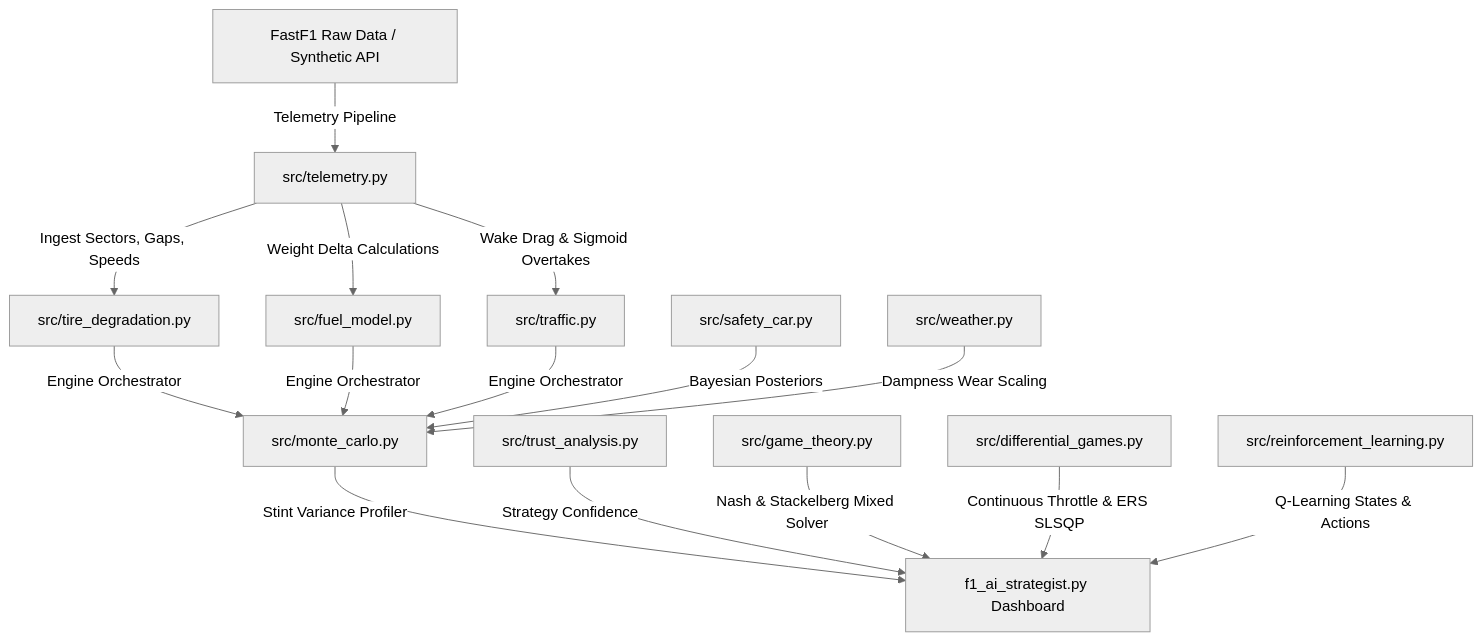
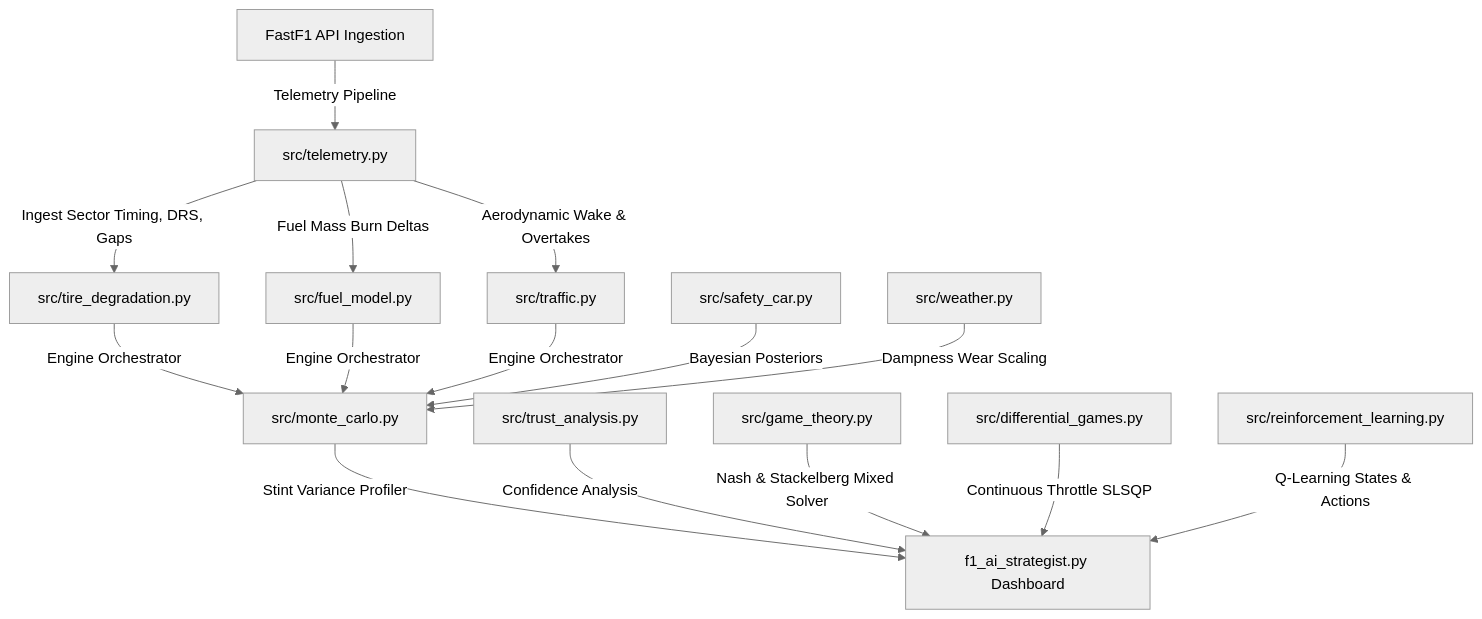
One commit to mannatgoyal/trust-strategy-motorsports changed the diagram in README.md. Above: the diagram before and after it, drawn with Mermaid (neutral theme). The commit also changed other lines of this file and 12 other files, not shown here.

Commit message:
Elevate F1 Strategy Engineer Toolkit to portfolio grade: track config overrides, expanded RL states, joint Monte Carlo, and live telemetry Race Replay audit

````diff
--- a/README.md
+++ b/README.md
@@ -11,19 +15,18 @@
 ```mermaid
 graph TD
-    A[FastF1 Raw Data / Synthetic API] -->|Telemetry Pipeline| B[src/telemetry.py]
-    B -->|Ingest Sectors, Gaps, Speeds| C[src/tire_degradation.py]
-    B -->|Weight Delta Calculations| D[src/fuel_model.py]
-    B -->|Wake Drag & Sigmoid Overtakes| E[src/traffic.py]
+    A[FastF1 API Ingestion] -->|Telemetry Pipeline| B[src/telemetry.py]
+    B -->|Ingest Sector Timing, DRS, Gaps| C[src/tire_degradation.py]
+    B -->|Fuel Mass Burn Deltas| D[src/fuel_model.py]
+    B -->|Aerodynamic Wake & Overtakes| E[src/traffic.py]
     
     C & D & E -->|Engine Orchestrator| F[src/monte_carlo.py]
-    
     F -->|Stint Variance Profiler| G[f1_ai_strategist.py Dashboard]
     
     H[src/safety_car.py] -->|Bayesian Posteriors| F
     I[src/weather.py] -->|Dampness Wear Scaling| F
     
-    J[src/trust_analysis.py] -->|Strategy Confidence| G
+    J[src/trust_analysis.py] -->|Confidence Analysis| G
     K[src/game_theory.py] -->|Nash & Stackelberg Mixed Solver| G
-    L[src/differential_games.py] -->|Continuous Throttle & ERS SLSQP| G
+    L[src/differential_games.py] -->|Continuous Throttle SLSQP| G
     M[src/reinforcement_learning.py] -->|Q-Learning States & Actions| G
 ```
````
